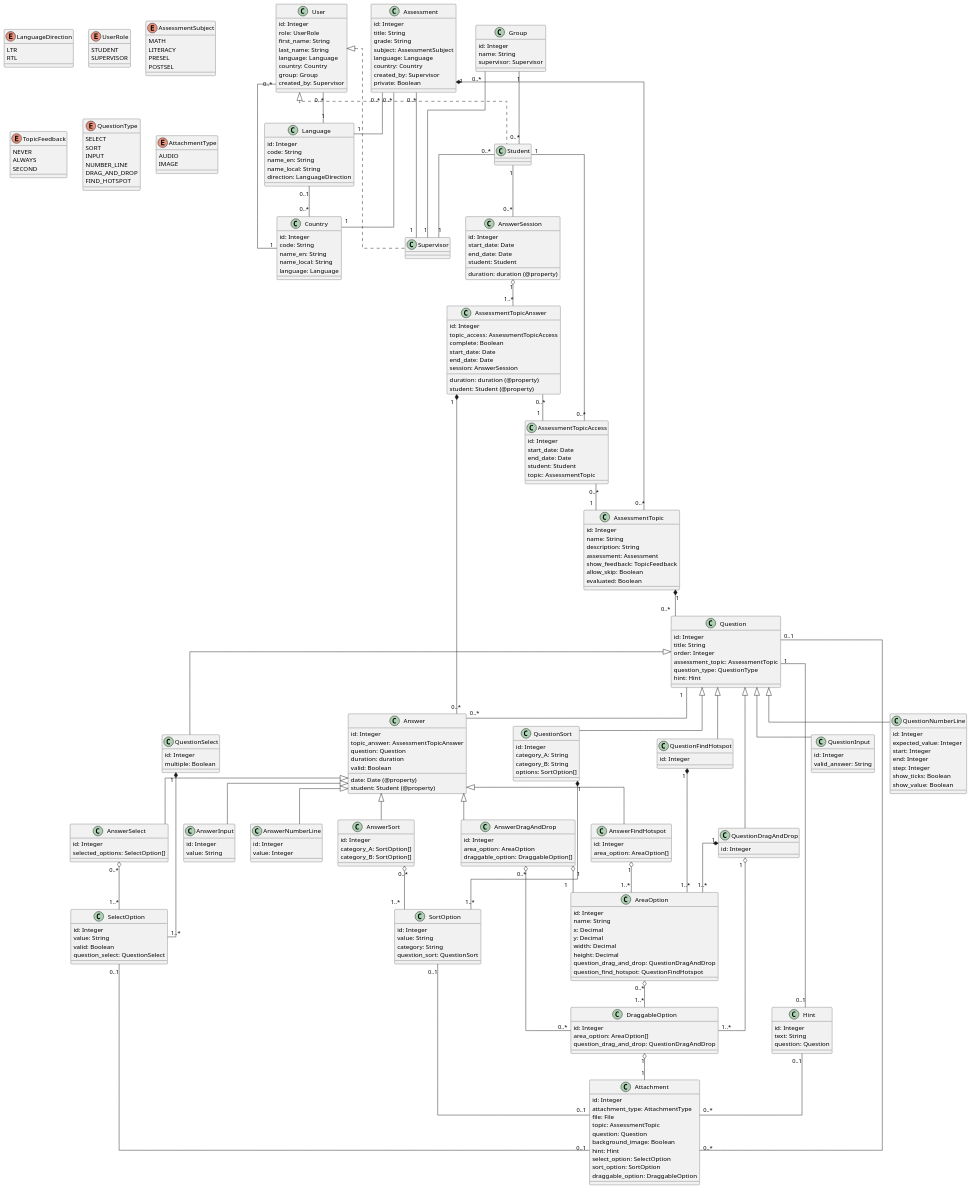
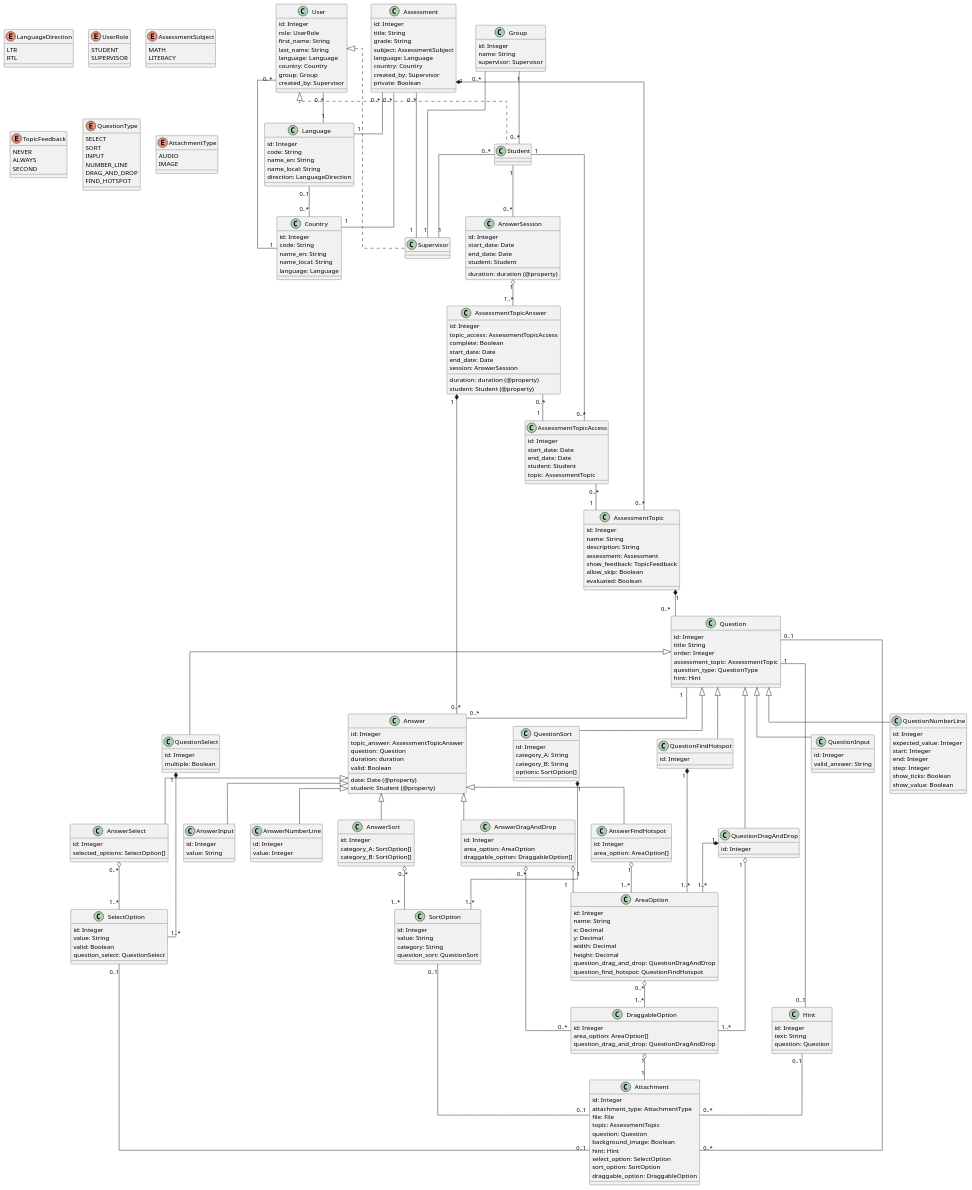
Before and after one commit to WarChildAlliance/assessment-tool-api: the diagram in documentation/learningoutcomes.v4.plantuml, drawn with PlantUML. The commit also changed 10 other files, not shown here.

```diff
--- a/documentation/learningoutcomes.v4.plantuml
+++ b/documentation/learningoutcomes.v4.plantuml
@@ -55,8 +55,6 @@
 enum AssessmentSubject {
     MATH
     LITERACY
-    PRESEL
-    POSTSEL
 }
 
 class Assessment {
```
